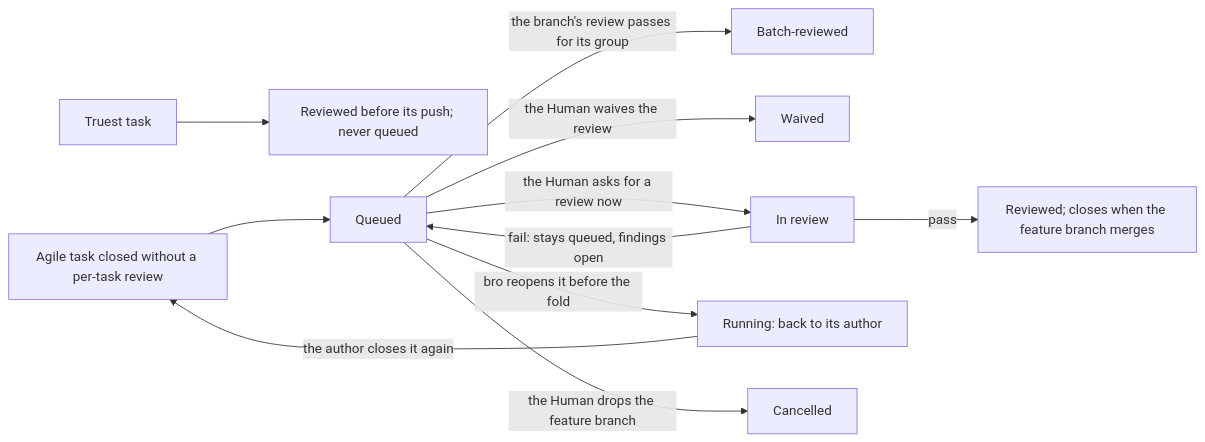
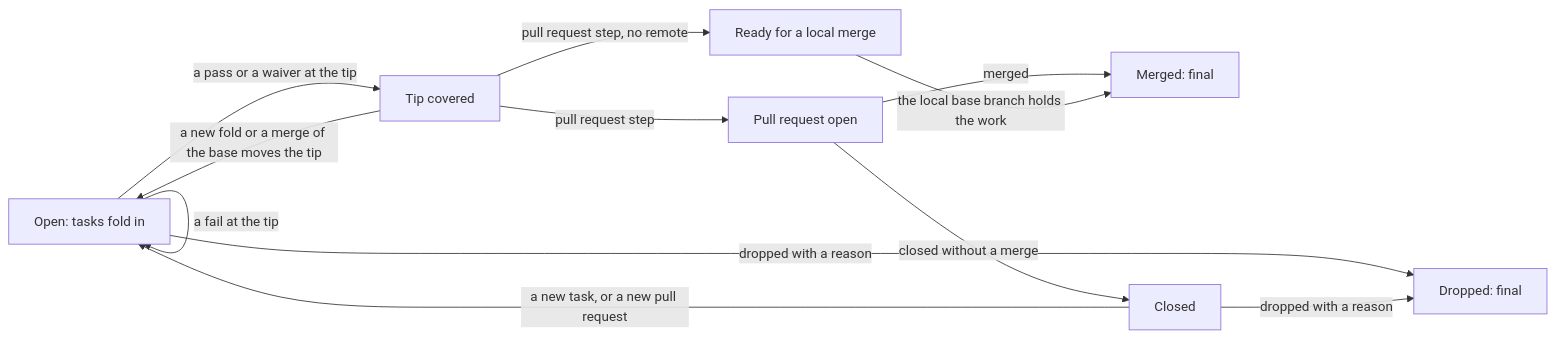
One commit to trustmybot/tmb changed the third of 8 diagrams in docs/architecture/AGILE.md. Above: the diagram before and after it, drawn with Mermaid. The commit also changed other lines of this file and 38 other files, not shown here.

````diff
--- a/docs/architecture/AGILE.md
+++ b/docs/architecture/AGILE.md
@@ -73,13 +74,14 @@
 ```mermaid
 flowchart LR
-    T[Truest task] --> RV[Reviewed before its push; never queued]
-    A[Agile task closed without a per-task review] --> Q[Queued]
-    Q -- the branch's review passes for its group --> BR[Batch-reviewed]
-    Q -- the Human waives the review --> W[Waived]
-    Q -- the Human asks for a review now --> IR[In review]
-    IR -- pass --> RD[Reviewed; closes when the feature branch merges]
-    IR -- fail: stays queued, findings open --> Q
-    Q -- bro reopens it before the fold --> RW[Running: back to its author]
-    RW -- the author closes it again --> A
-    Q -- the Human drops the feature branch --> ES[Cancelled]
+    O[Open: tasks fold in] -- "a pass or a waiver at the tip" --> C[Tip covered]
+    C -- "a new fold or a merge of the base moves the tip" --> O
+    O -- "a fail at the tip" --> O
+    C -- "pull request step" --> PR[Pull request open]
+    C -- "pull request step, no remote" --> RD[Ready for a local merge]
+    PR -- merged --> M[Merged: final]
+    RD -- "the local base branch holds the work" --> M
+    PR -- "closed without a merge" --> CL[Closed]
+    CL -- "a new task, or a new pull request" --> O
+    O -- "dropped with a reason" --> D[Dropped: final]
+    CL -- "dropped with a reason" --> D
 ```
````
